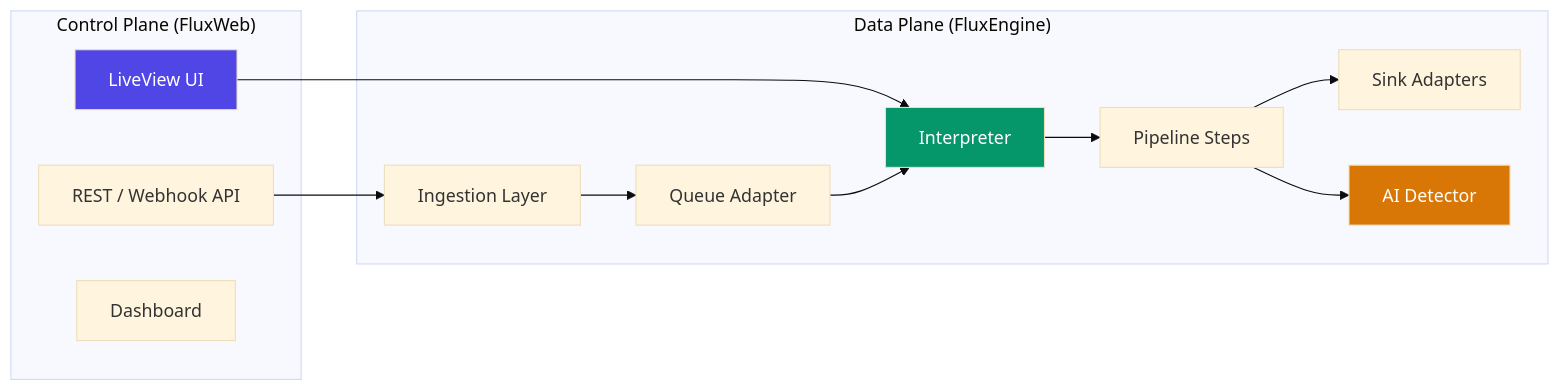
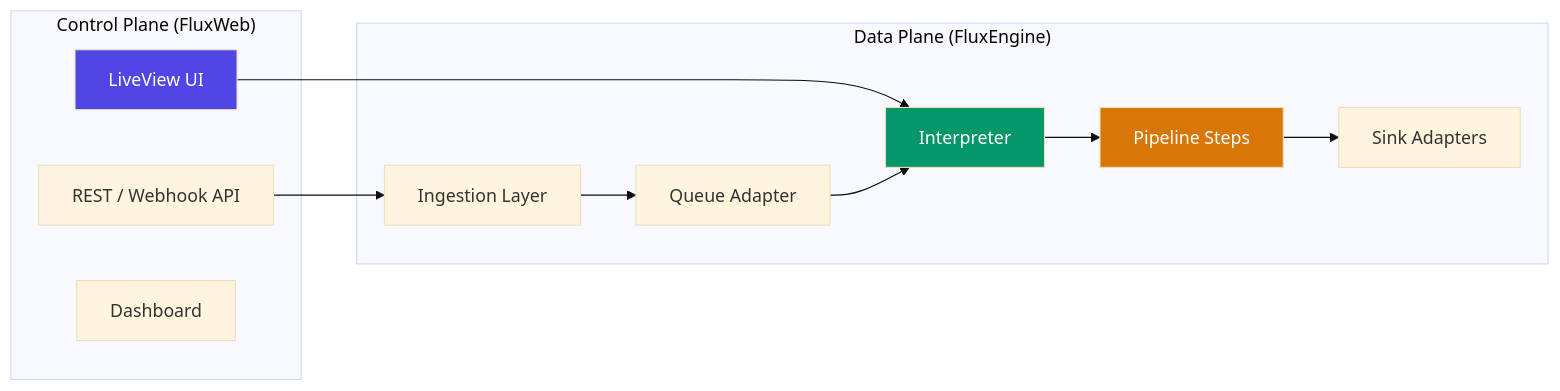
The first of 2 diagrams in docs/developer_guide.md (Mossa-Labs/flux), drawn with Mermaid (base theme) before and after one commit. The commit also changed other lines of this file and 38 other files, not shown here.

````diff
--- a/docs/developer_guide.md
+++ b/docs/developer_guide.md
@@ -25,29 +25,27 @@
 ```mermaid
 graph LR
     subgraph "Control Plane (FluxWeb)"
         UI[LiveView UI]
         API[REST / Webhook API]
         DASH[Dashboard]
     end
 
     subgraph "Data Plane (FluxEngine)"
         INGEST[Ingestion Layer]
         QUEUE[Queue Adapter]
         INTERP[Interpreter]
         STEPS[Pipeline Steps]
         SINKS[Sink Adapters]
-        AI[AI Detector]
     end
 
     UI --> INTERP
     API --> INGEST
     INGEST --> QUEUE
     QUEUE --> INTERP
     INTERP --> STEPS
     STEPS --> SINKS
-    STEPS --> AI
 
     style UI fill:#4f46e5,color:#fff
     style INTERP fill:#059669,color:#fff
-    style AI fill:#d97706,color:#fff
+    style STEPS fill:#d97706,color:#fff
 ```
````
